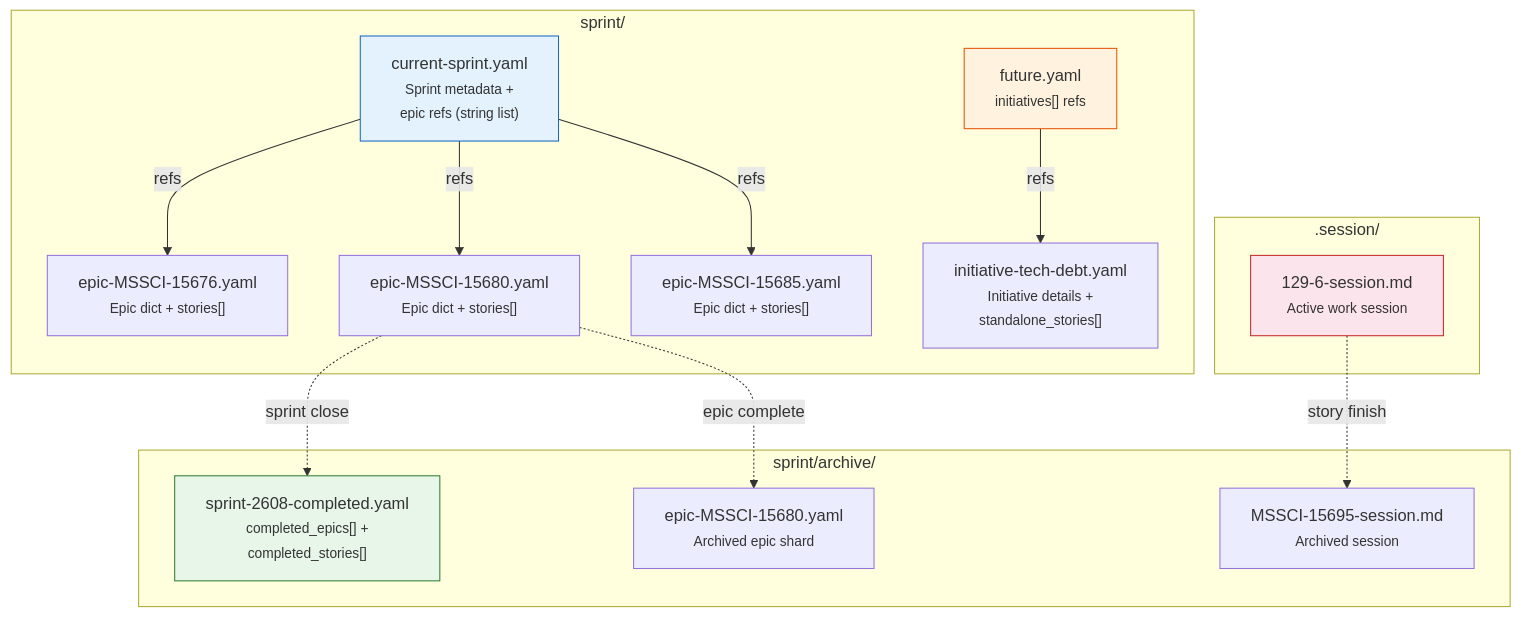
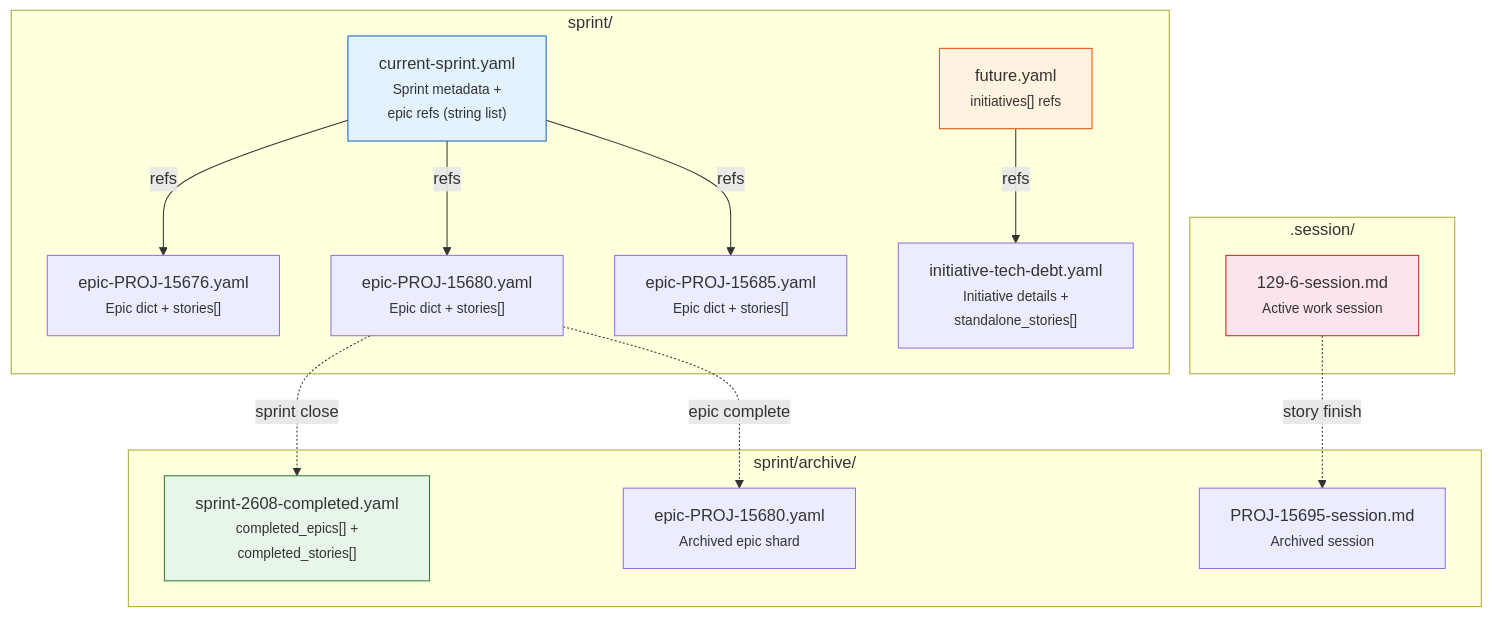
One commit to slabgorb/orc-penny changed the third of 8 diagrams in docs/initiatives/lifecycle-composition/lifecycle-feature-journey.md. Above: the diagram before and after it, drawn with Mermaid. The commit also changed other lines of this file and 3751 other files, not shown here.

````diff
--- a/docs/initiatives/lifecycle-composition/lifecycle-feature-journey.md
+++ b/docs/initiatives/lifecycle-composition/lifecycle-feature-journey.md
@@ -126,35 +126,35 @@
 ```mermaid
 graph TD
     subgraph "sprint/"
         CSY["current-sprint.yaml<br/><small>Sprint metadata +<br/>epic refs (string list)</small>"]
-        E1["epic-MSSCI-15676.yaml<br/><small>Epic dict + stories[]</small>"]
-        E2["epic-MSSCI-15680.yaml<br/><small>Epic dict + stories[]</small>"]
-        E3["epic-MSSCI-15685.yaml<br/><small>Epic dict + stories[]</small>"]
+        E1["epic-PROJ-15676.yaml<br/><small>Epic dict + stories[]</small>"]
+        E2["epic-PROJ-15680.yaml<br/><small>Epic dict + stories[]</small>"]
+        E3["epic-PROJ-15685.yaml<br/><small>Epic dict + stories[]</small>"]
         FUT["future.yaml<br/><small>initiatives[] refs</small>"]
         I1["initiative-tech-debt.yaml<br/><small>Initiative details +<br/>standalone_stories[]</small>"]
     end
 
     subgraph "sprint/archive/"
         ARC["sprint-2608-completed.yaml<br/><small>completed_epics[] +<br/>completed_stories[]</small>"]
-        AE1["epic-MSSCI-15680.yaml<br/><small>Archived epic shard</small>"]
-        AS1["MSSCI-15695-session.md<br/><small>Archived session</small>"]
+        AE1["epic-PROJ-15680.yaml<br/><small>Archived epic shard</small>"]
+        AS1["PROJ-15695-session.md<br/><small>Archived session</small>"]
     end
 
     subgraph ".session/"
         SESS["129-6-session.md<br/><small>Active work session</small>"]
     end
 
     CSY -->|"refs"| E1
     CSY -->|"refs"| E2
     CSY -->|"refs"| E3
     FUT -->|"refs"| I1
 
     E2 -.->|"epic complete"| AE1
     SESS -.->|"story finish"| AS1
     E2 -.->|"sprint close"| ARC
 
     style CSY fill:#e3f2fd,stroke:#1565c0
     style FUT fill:#fff3e0,stroke:#e65100
     style ARC fill:#e8f5e9,stroke:#2e7d32
     style SESS fill:#fce4ec,stroke:#c62828
 ```
````
